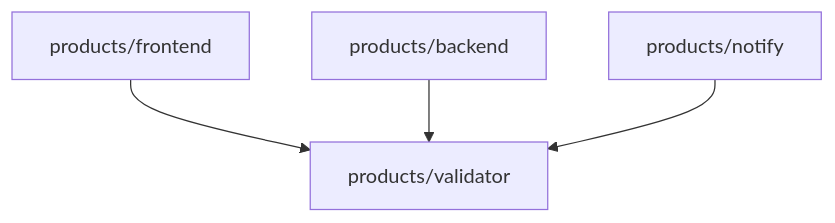
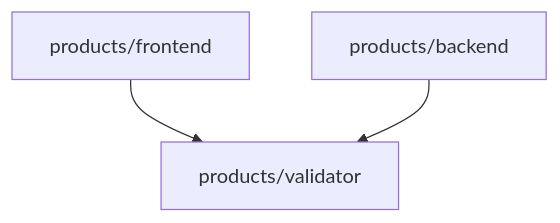
Before and after one commit to Pay-Crew/pay-crew2: the diagram in products/validator/README.md, drawn with Mermaid. The commit also changed other lines of this file and 23 other files, not shown here.

````diff
--- a/products/validator/README.md
+++ b/products/validator/README.md
@@ -12,11 +12,9 @@
 ```mermaid
 flowchart TD
     frontend["products/frontend"]
     backend["products/backend"]
-    notify["products/notify"]
     validator["products/validator"]
 
     frontend --> validator
     backend --> validator
-    notify --> validator
 ```
````
